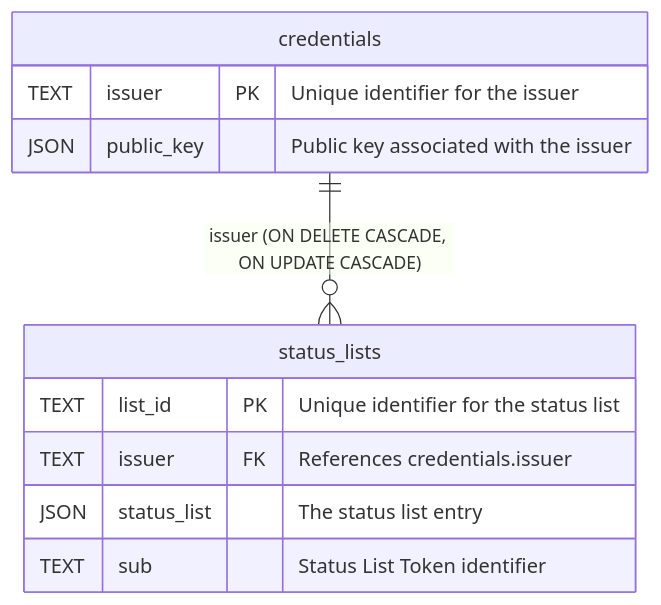
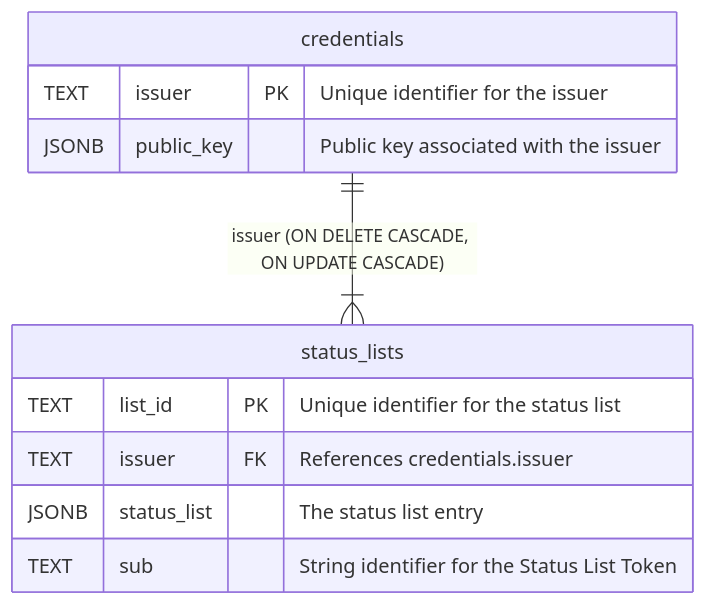
The diagram in src/database/README.md (adorsys/status-list-server), drawn with Mermaid before and after one commit. The commit also changed other lines of this file, not shown here.

Commit message:
fixing mermaid notation

````diff
--- a/src/database/README.md
+++ b/src/database/README.md
@@ -43,14 +43,14 @@
 ```mermaid
 erDiagram
     credentials {
         TEXT issuer PK "Unique identifier for the issuer"
-        JSON public_key "Public key associated with the issuer"
+        JSONB public_key "Public key associated with the issuer"
     }
     status_lists {
         TEXT list_id PK "Unique identifier for the status list"
         TEXT issuer FK "References credentials.issuer"
-        JSON status_list "The status list entry"
-        TEXT sub "Status List Token identifier"
+        JSONB status_list "The status list entry"
+        TEXT sub "String identifier for the Status List Token"
     }
-    credentials ||--o{ status_lists : "issuer (ON DELETE CASCADE, ON UPDATE CASCADE)"
+    credentials ||--|{ status_lists : "issuer (ON DELETE CASCADE, ON UPDATE CASCADE)"
 ```
````
